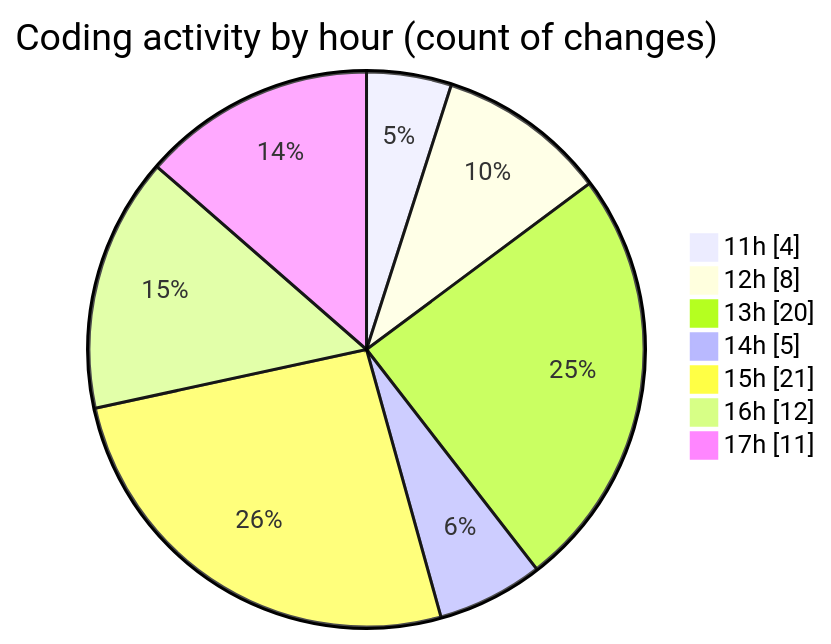
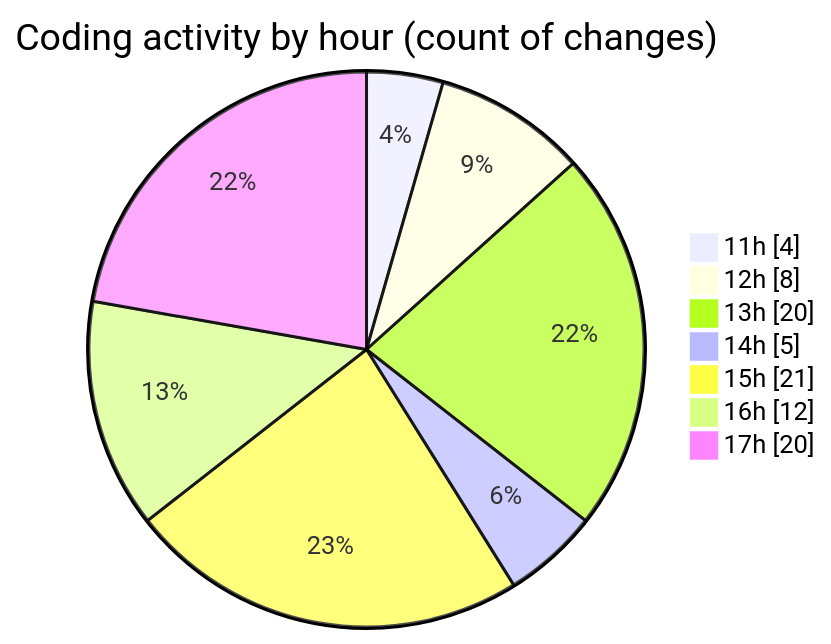
The second of 2 diagrams in 2025-08-07/cda/README.md (momahboobian/code-tracking), drawn with Mermaid before and after one commit. The commit also changed other lines of this file and 1 other file, not shown here.

````diff
--- a/2025-08-07/cda/README.md
+++ b/2025-08-07/cda/README.md
@@ -31,11 +31,11 @@
 ```mermaid
 pie showData
 title Coding activity by hour (count of changes)
 "11h" : 4
 "12h" : 8
 "13h" : 20
 "14h" : 5
 "15h" : 21
 "16h" : 12
-"17h" : 11
+"17h" : 20
 ```
````
